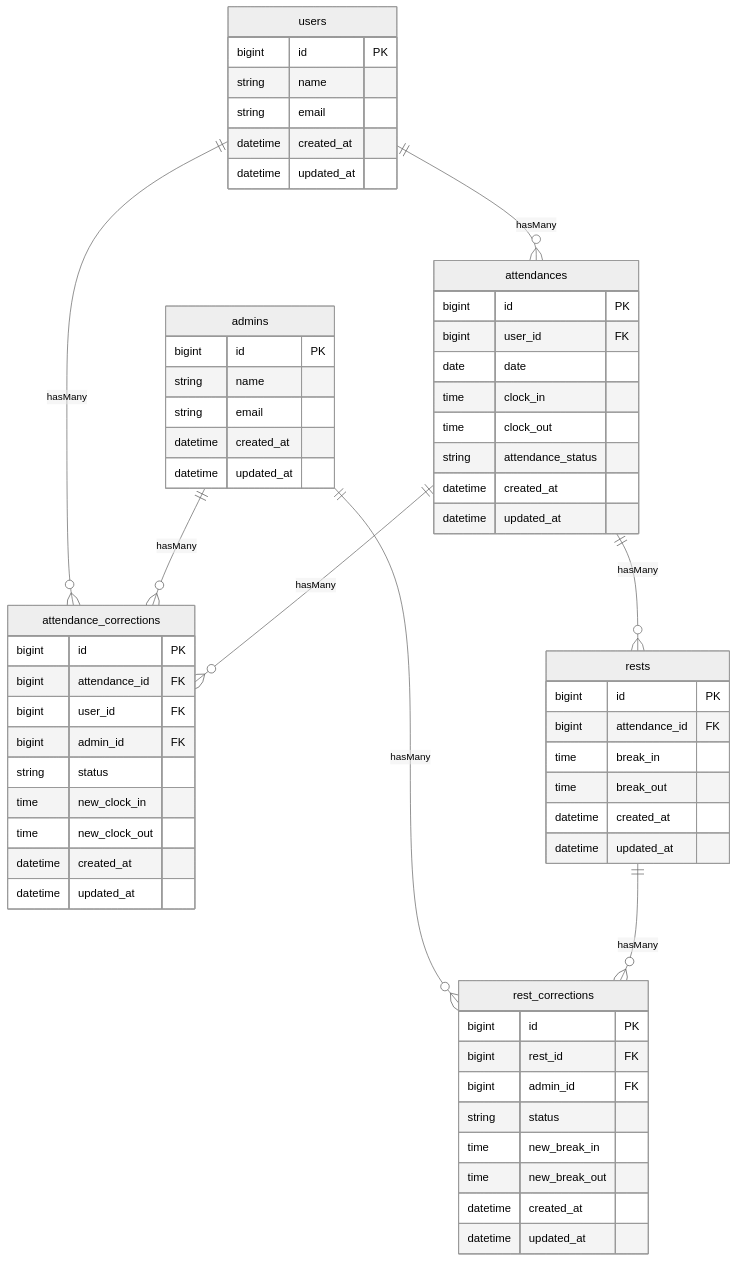
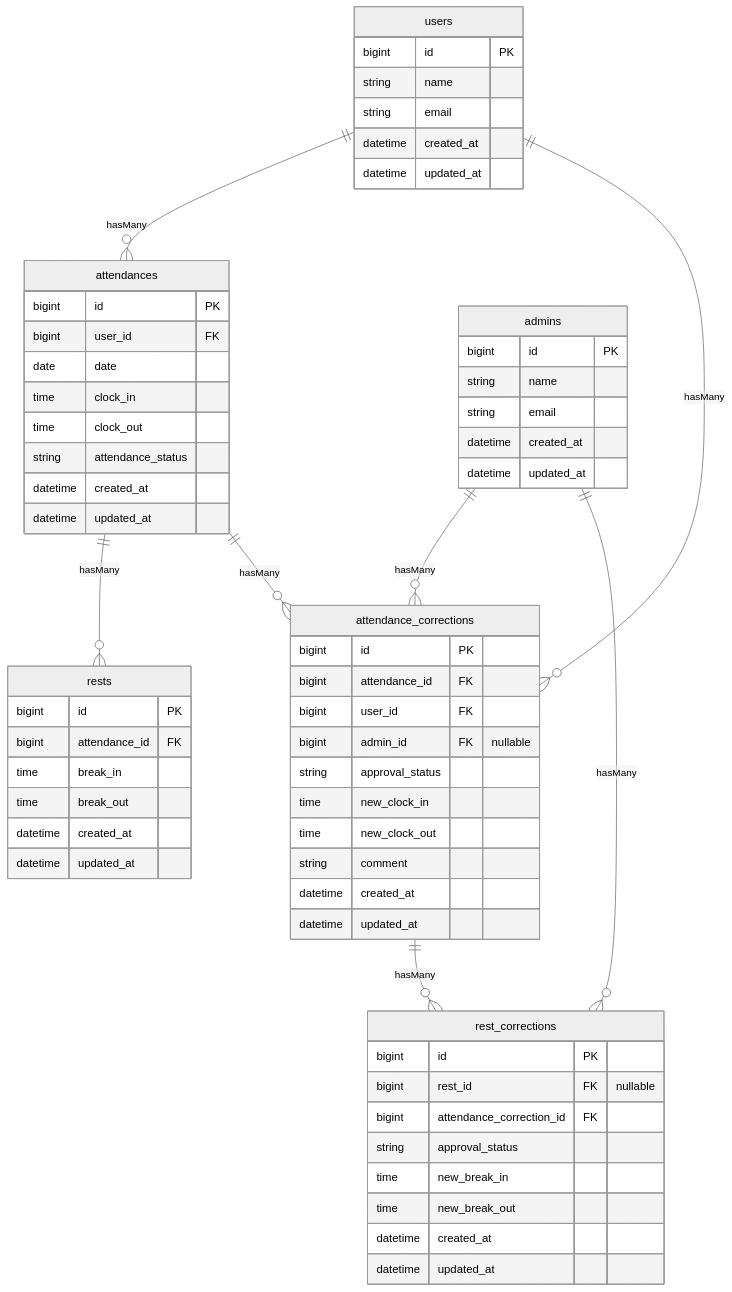
One commit to yuna-genma/attendance-app changed the diagram in README.md. Above: the diagram before and after it, drawn with Mermaid (neutral theme). The commit also changed 19 other files, not shown here.

````diff
--- a/README.md
+++ b/README.md
@@ -9,73 +9,74 @@
 ```mermaid
     erDiagram
 
     users ||--o{ attendances : "hasMany"
     users ||--o{ attendance_corrections : "hasMany"
 
     admins ||--o{ attendance_corrections : "hasMany"
     admins ||--o{ rest_corrections : "hasMany"
 
     attendances ||--o{ rests : "hasMany"
     attendances ||--o{ attendance_corrections : "hasMany"
 
-    rests ||--o{ rest_corrections : "hasMany"
+    attendance_corrections ||--o{ rest_corrections : "hasMany"
 
     admins {
         bigint id PK
         string name
         string email
         datetime created_at
         datetime updated_at
     }
 
     users {
         bigint id PK
         string name
         string email
         datetime created_at
         datetime updated_at
     }
 
     attendances {
         bigint id PK
         bigint user_id FK
         date date
         time clock_in
         time clock_out
         string attendance_status
         datetime created_at
         datetime updated_at
     }
 
     rests {
         bigint id PK
         bigint attendance_id FK
         time break_in
         time break_out
         datetime created_at
         datetime updated_at
     }
 
     attendance_corrections {
         bigint id PK
         bigint attendance_id FK
         bigint user_id FK
-        bigint admin_id FK
-        string status
+        bigint admin_id FK "nullable"
+        string approval_status
         time new_clock_in
         time new_clock_out
+        string comment
         datetime created_at
         datetime updated_at
     }
 
     rest_corrections {
         bigint id PK
-        bigint rest_id FK
-        bigint admin_id FK
-        string status
+        bigint rest_id FK "nullable"
+        bigint attendance_correction_id FK
+        string approval_status
         time new_break_in
         time new_break_out
         datetime created_at
         datetime updated_at
     }
 ```
````
